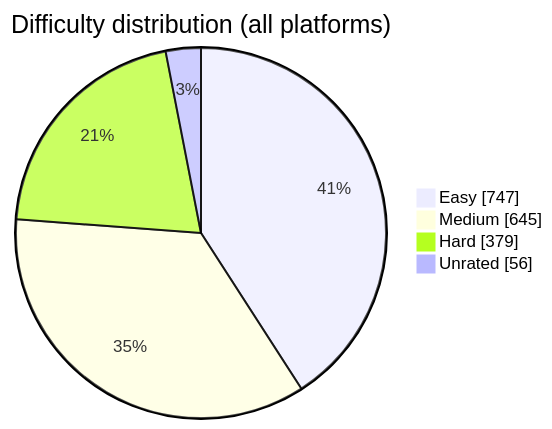
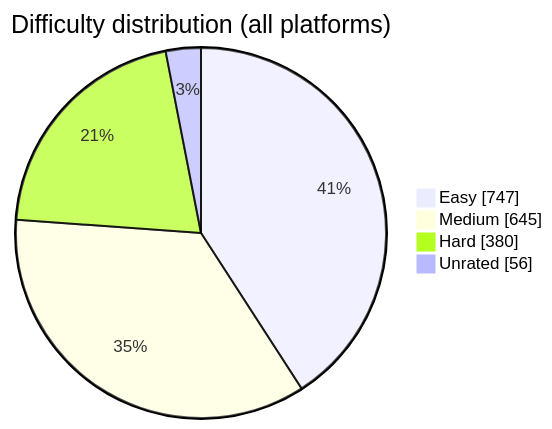
One commit to BuildbyArindam/Daily-Coding-Log changed the diagram in README.md. Above: the diagram before and after it, drawn with Mermaid. The commit also changed other lines of this file, not shown here.

````diff
--- a/README.md
+++ b/README.md
@@ -108,7 +108,7 @@
 ```mermaid
 pie showData title Difficulty distribution (all platforms)
     "Easy" : 747
     "Medium" : 645
-    "Hard" : 379
+    "Hard" : 380
     "Unrated" : 56
 ```
````
